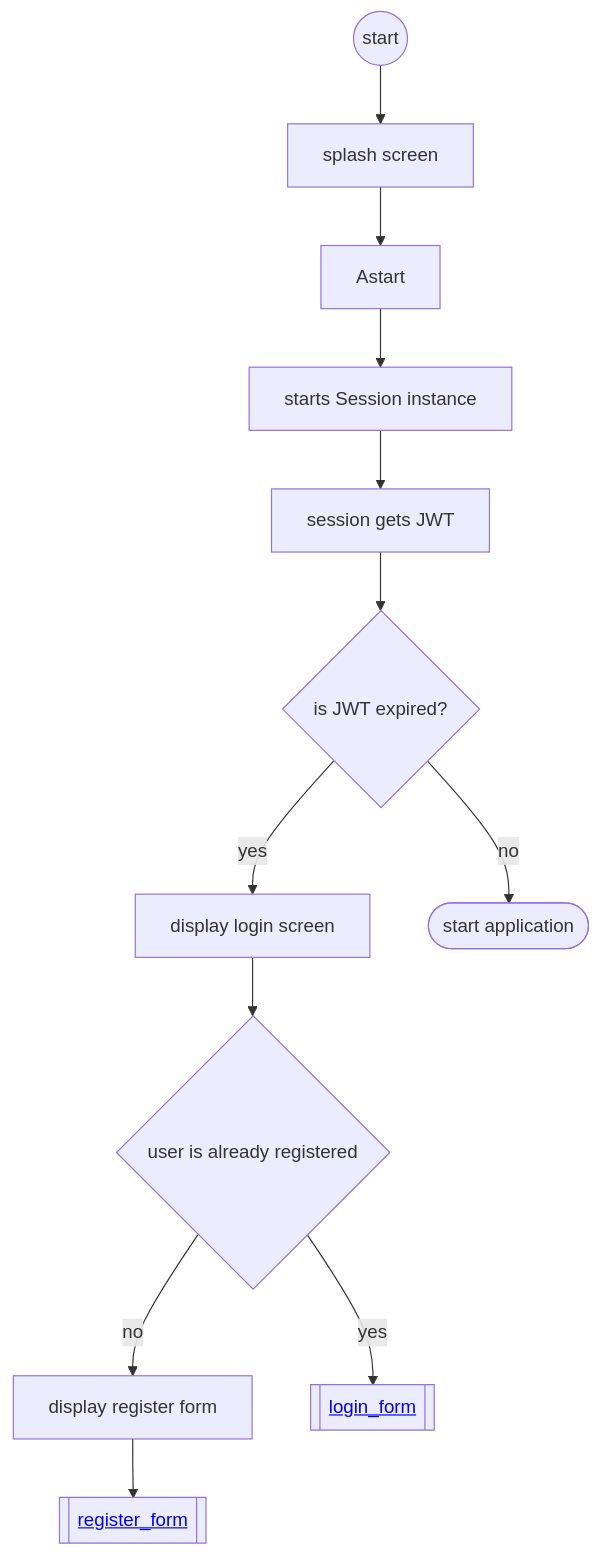
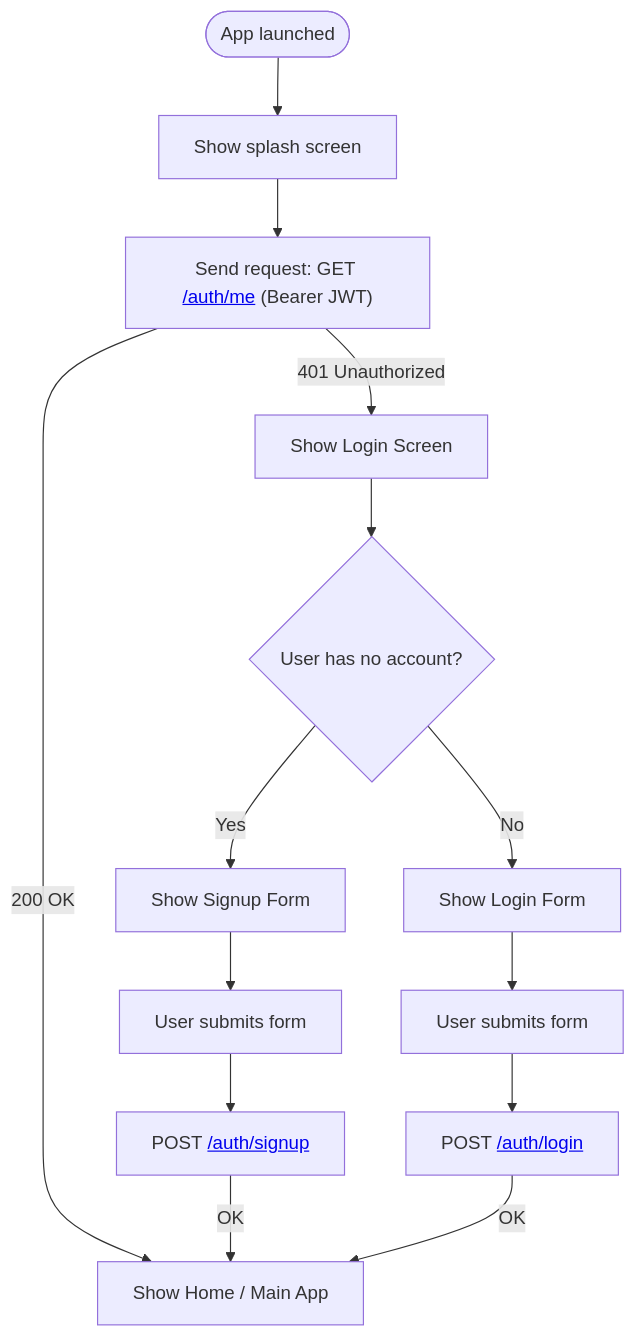
One commit to Lenninssp/Cannin-Tickets changed the first of 4 diagrams in docs/auth.md. Above: the diagram before and after it, drawn with Mermaid. The commit also changed other lines of this file and 3 other files, not shown here.

````diff
--- a/docs/auth.md
+++ b/docs/auth.md
@@ -4,16 +14,23 @@
 ```mermaid
 flowchart TD
-  start((start))
-  start --> A[splash screen]
-  A -->
-  Astart --> AA[starts Session instance]
-  AA --> AB[session gets JWT]
-  AB --> AC{is JWT expired?}
-  AC -- yes --> B
-  AC -- no --> AD([start application])
-  B[display login screen]
-  B--> C{user is already registered}
-  C -- no --> CA[display register form] --> CB[[<a href="#signup">register_form</a>]]
-  C -- yes --> D[[<a href="#login">login_form</a>]]
+    Start([App launched])
+    
+    Start --> Splash[Show splash screen]
 
+    Splash --> Req["Send request: GET <a href="#get-authme">/auth/me</a> (Bearer JWT)"]
+
+    Req -->|200 OK| AppStart[Show Home / Main App]
+    Req -->|401 Unauthorized| LoginScreen[Show Login Screen]
+
+    LoginScreen --> Decision{User has no account?}
+    
+    Decision -- Yes --> ShowSignup[Show Signup Form]
+    ShowSignup --> SubmitSignup[User submits form]
+    SubmitSignup --> ServerSignup[POST <a href="#post-authsignup">/auth/signup</a>]
+    ServerSignup -->|OK| AppStart
+
+    Decision -- No --> ShowLogin[Show Login Form]
+    ShowLogin --> SubmitLogin[User submits form]
+    SubmitLogin --> ServerLogin[POST <a href="#post-authlogin">/auth/login</a>]
+    ServerLogin -->|OK| AppStart
 ```
````
